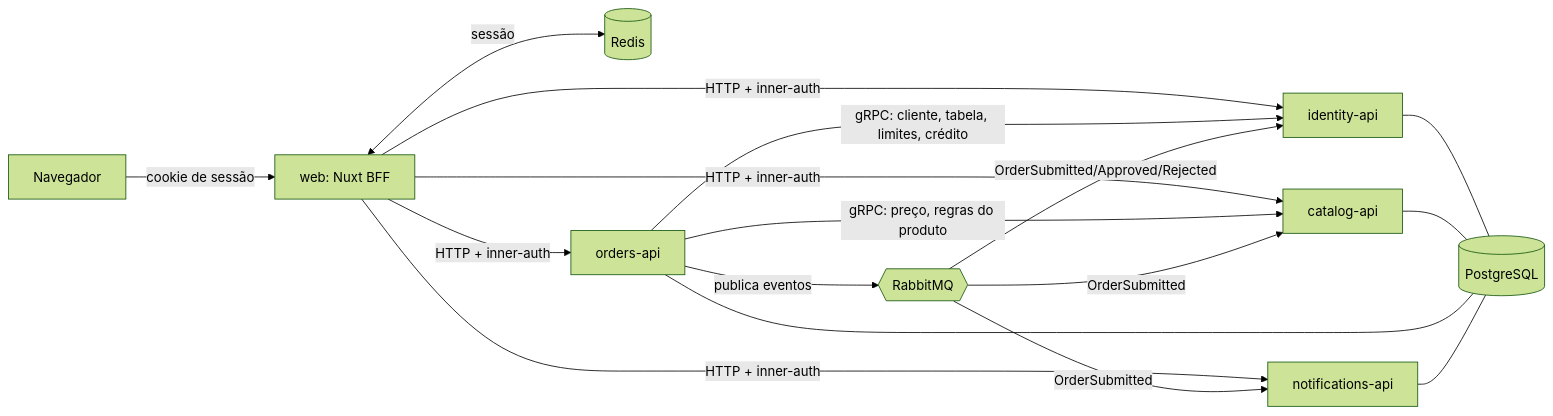
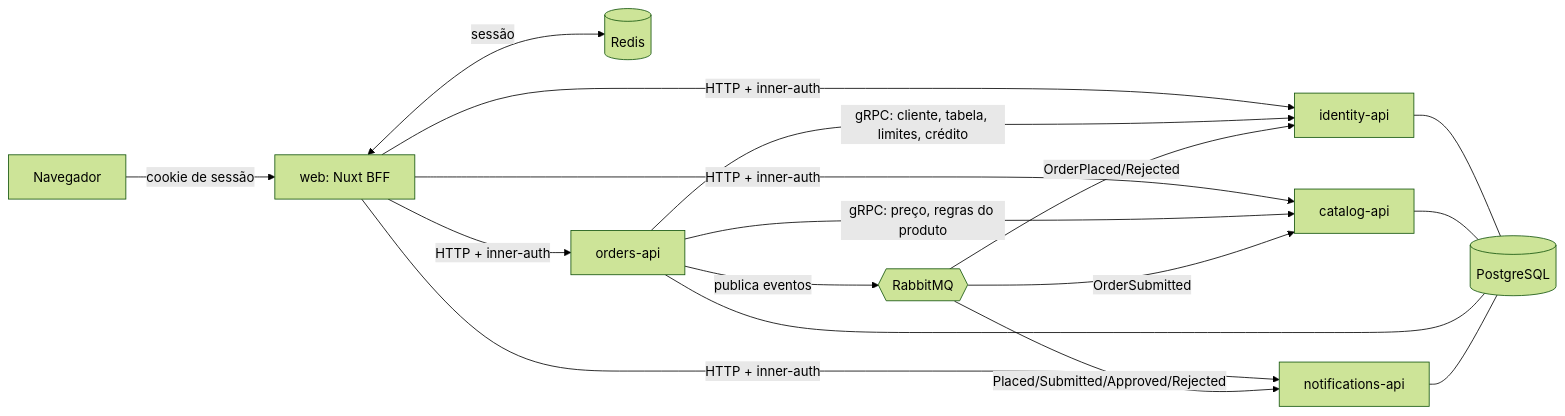
One commit to KainanGuerra/sales-order-assembly changed the diagram in ARQUITETURA.md. Above: the diagram before and after it, drawn with Mermaid (forest theme). The commit also changed other lines of this file and 5 other files, not shown here.

````diff
--- a/ARQUITETURA.md
+++ b/ARQUITETURA.md
@@ -7,19 +7,19 @@
 ```mermaid
 flowchart LR
   Browser[Navegador] -->|cookie de sessão| Web[web: Nuxt BFF]
   Web <-->|sessão| Redis[(Redis)]
   Web -->|HTTP + inner-auth| Identity[identity-api]
   Web -->|HTTP + inner-auth| Catalog[catalog-api]
   Web -->|HTTP + inner-auth| Orders[orders-api]
   Web -->|HTTP + inner-auth| Notifications[notifications-api]
   Orders -->|gRPC: preço, regras do produto| Catalog
   Orders -->|gRPC: cliente, tabela, limites, crédito| Identity
   Orders -->|publica eventos| MQ{{RabbitMQ}}
-  MQ -->|OrderSubmitted/Approved/Rejected| Identity
+  MQ -->|OrderPlaced/Rejected| Identity
   MQ -->|OrderSubmitted| Catalog
-  MQ -->|OrderSubmitted| Notifications
+  MQ -->|Placed/Submitted/Approved/Rejected| Notifications
   Identity --- PG[(PostgreSQL)]
   Catalog --- PG
   Orders --- PG
   Notifications --- PG
 ```
````
